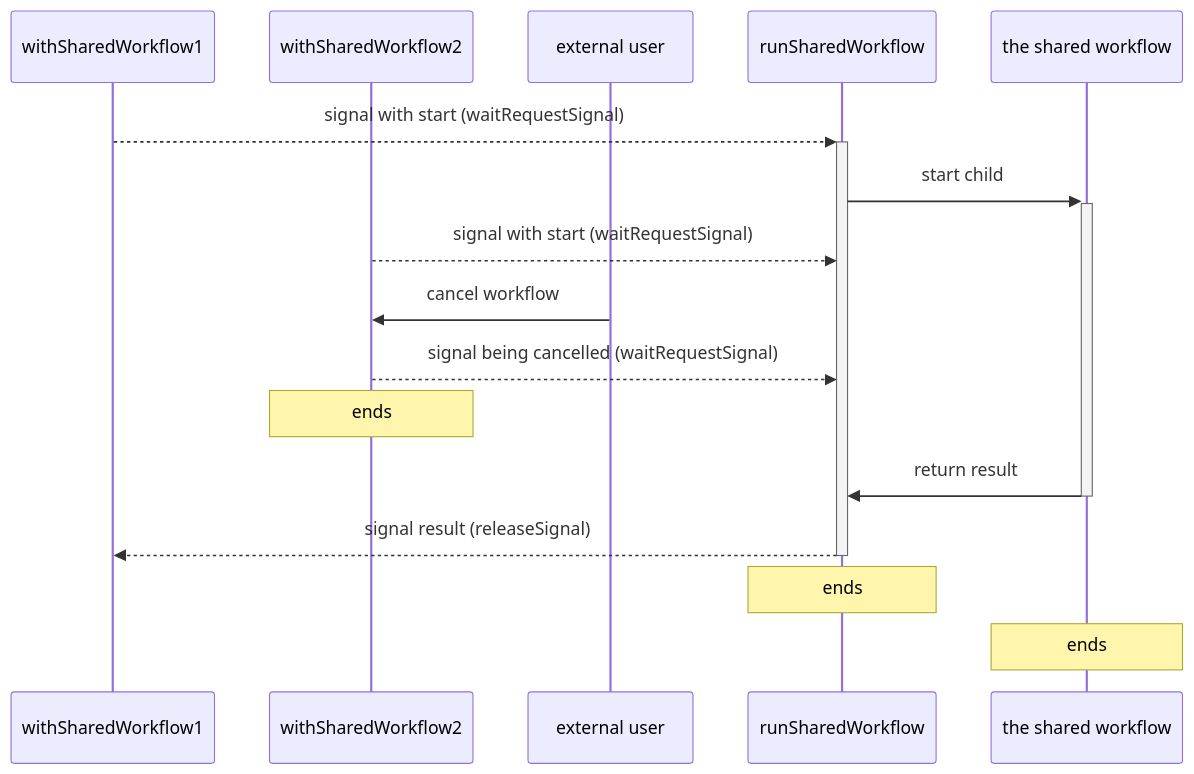
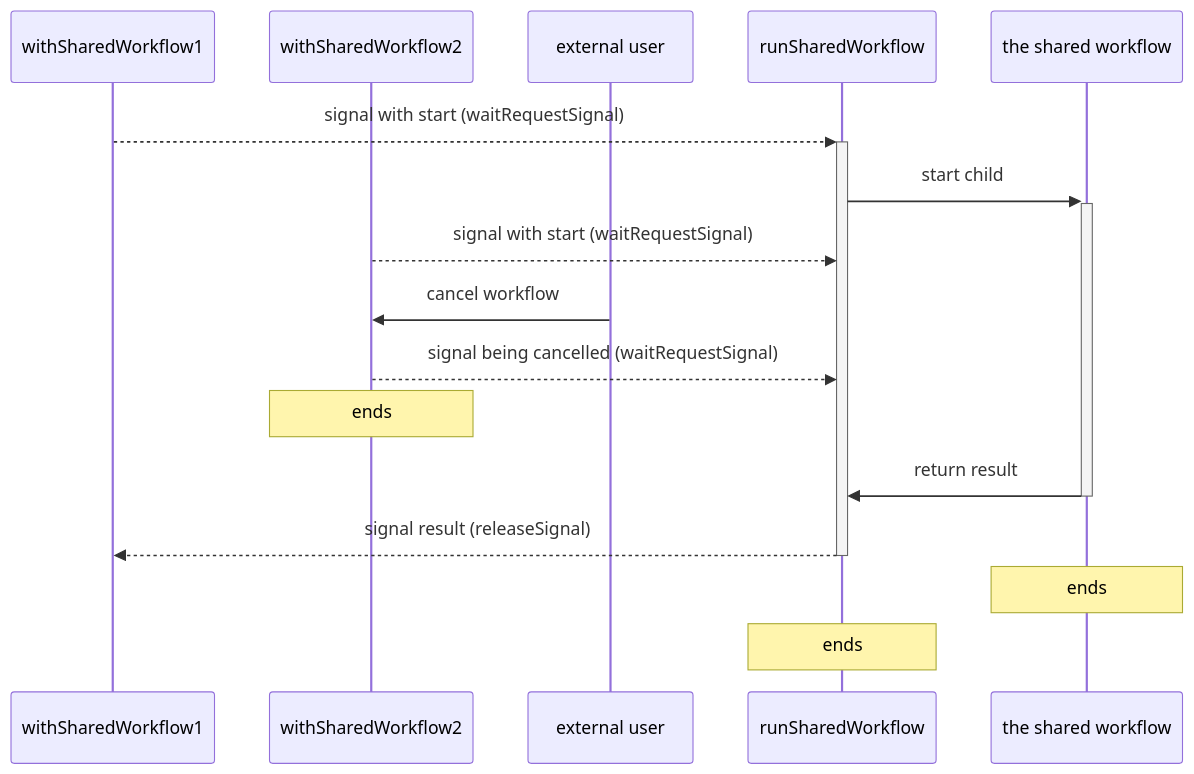
Before and after one commit to hocus-dev/hocus: the third of 3 diagrams in app/agent/workflows/shared-workflow/README.md, drawn with Mermaid. The commit also changed other lines of this file, not shown here.

Commit message:
change order of boxes in a diagram

````diff
--- a/app/agent/workflows/shared-workflow/README.md
+++ b/app/agent/workflows/shared-workflow/README.md
@@ -32,16 +32,16 @@
 ```mermaid
 sequenceDiagram
     participant withSharedWorkflow1
     participant withSharedWorkflow2
     participant external user
     withSharedWorkflow1-->>+runSharedWorkflow: signal with start (waitRequestSignal)
     runSharedWorkflow->>+the shared workflow: start child
     withSharedWorkflow2-->>runSharedWorkflow: signal with start (waitRequestSignal)
     external user->>withSharedWorkflow2: cancel workflow
     withSharedWorkflow2-->>runSharedWorkflow: signal being cancelled (waitRequestSignal)
     Note over withSharedWorkflow2: ends
     the shared workflow->>-runSharedWorkflow: return result
     runSharedWorkflow-->>-withSharedWorkflow1: signal result (releaseSignal)
+    Note over the shared workflow: ends
     Note over runSharedWorkflow: ends
-    Note over the shared workflow: ends
 ```
````
